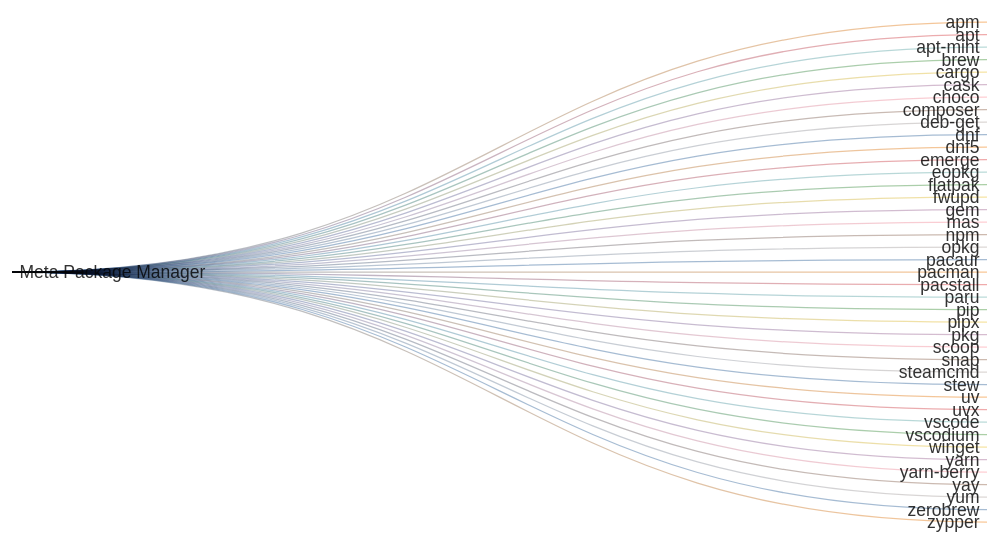
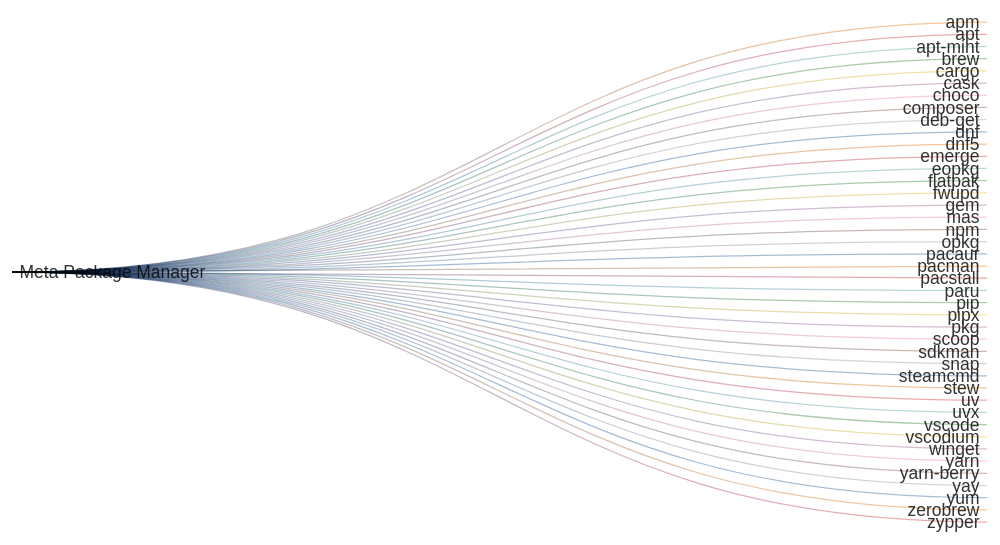
The diagram in readme.md (kdeldycke/meta-package-manager), drawn with Mermaid before and after one commit. The commit also changed other lines of this file and 8 other files, not shown here.

First line of the commit message:
Add SDKMAN! package manager

````diff
--- a/readme.md
+++ b/readme.md
@@ -70,48 +70,49 @@
 ```mermaid
 ---
 config: {"sankey": {"showValues": false, "width": 800, "height": 400}}
 ---
 sankey-beta
 
 Meta Package Manager,apm,1
 Meta Package Manager,apt,1
 Meta Package Manager,apt-mint,1
 Meta Package Manager,brew,1
 Meta Package Manager,cargo,1
 Meta Package Manager,cask,1
 Meta Package Manager,choco,1
 Meta Package Manager,composer,1
 Meta Package Manager,deb-get,1
 Meta Package Manager,dnf,1
 Meta Package Manager,dnf5,1
 Meta Package Manager,emerge,1
 Meta Package Manager,eopkg,1
 Meta Package Manager,flatpak,1
 Meta Package Manager,fwupd,1
 Meta Package Manager,gem,1
 Meta Package Manager,mas,1
 Meta Package Manager,npm,1
 Meta Package Manager,opkg,1
 Meta Package Manager,pacaur,1
 Meta Package Manager,pacman,1
 Meta Package Manager,pacstall,1
 Meta Package Manager,paru,1
 Meta Package Manager,pip,1
 Meta Package Manager,pipx,1
 Meta Package Manager,pkg,1
 Meta Package Manager,scoop,1
+Meta Package Manager,sdkman,1
 Meta Package Manager,snap,1
 Meta Package Manager,steamcmd,1
 Meta Package Manager,stew,1
 Meta Package Manager,uv,1
 Meta Package Manager,uvx,1
 Meta Package Manager,vscode,1
 Meta Package Manager,vscodium,1
 Meta Package Manager,winget,1
 Meta Package Manager,yarn,1
 Meta Package Manager,yarn-berry,1
 Meta Package Manager,yay,1
 Meta Package Manager,yum,1
 Meta Package Manager,zerobrew,1
 Meta Package Manager,zypper,1
 ```
````
